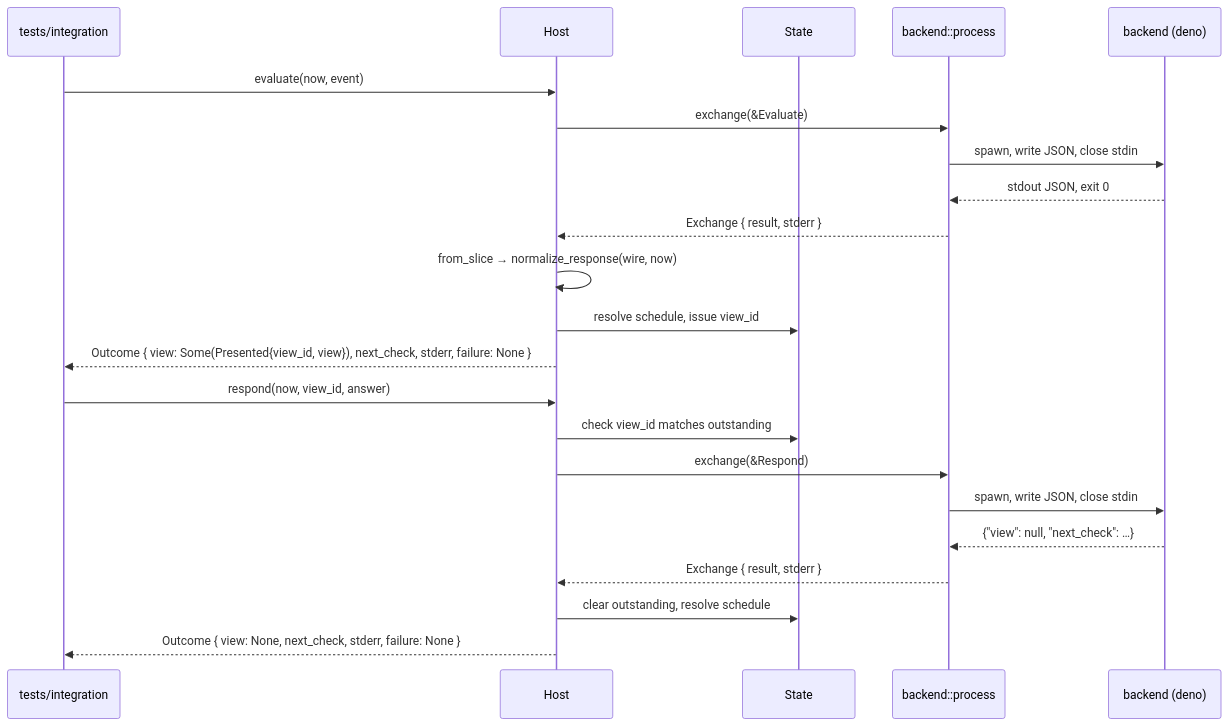
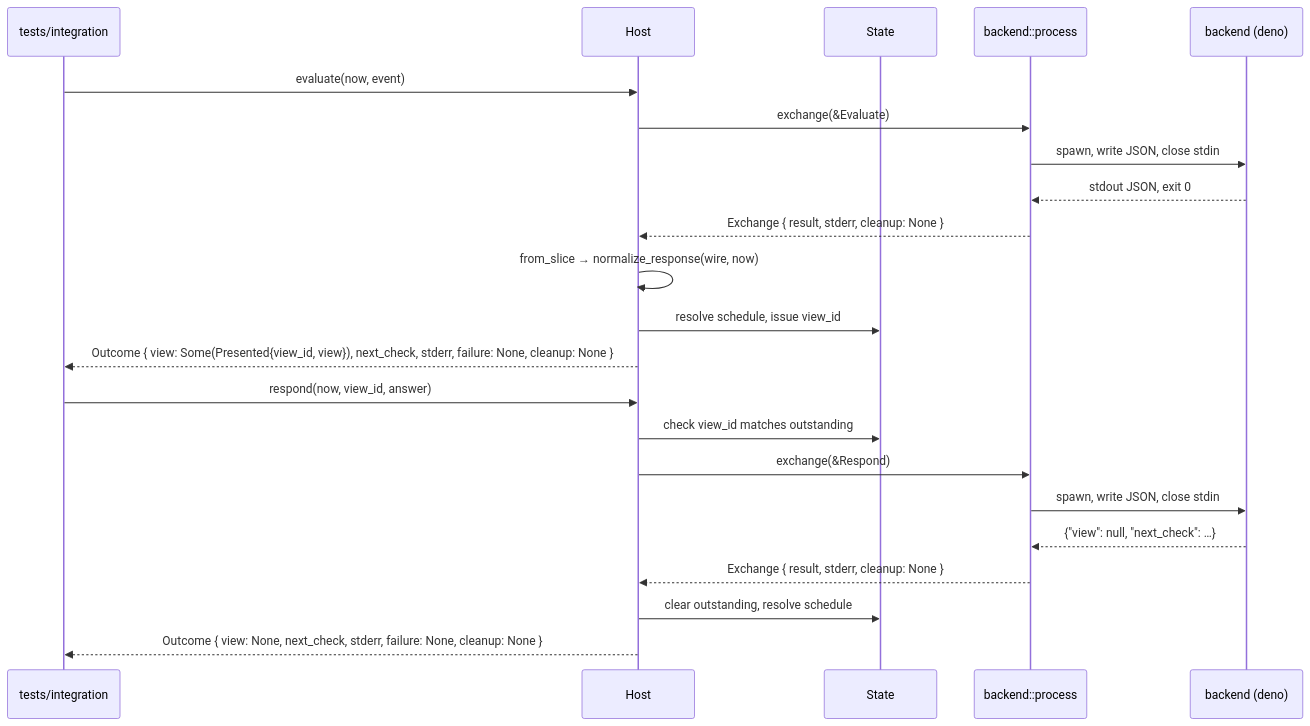
The second of 3 diagrams in docs/slices/001/design.md (davidlee/goad), drawn with Mermaid before and after one commit. The commit also changed other lines of this file and 9 other files, not shown here.

````diff
--- a/docs/slices/001/design.md
+++ b/docs/slices/001/design.md
@@ -1190,25 +1574,25 @@
 ```mermaid
 sequenceDiagram
     participant T as tests/integration
     participant H as Host
     participant S as State
     participant P as backend::process
     participant B as backend (deno)
 
     T->>H: evaluate(now, event)
     H->>P: exchange(&Evaluate)
     P->>B: spawn, write JSON, close stdin
     B-->>P: stdout JSON, exit 0
-    P-->>H: Exchange { result, stderr }
+    P-->>H: Exchange { result, stderr, cleanup: None }
     H->>H: from_slice → normalize_response(wire, now)
     H->>S: resolve schedule, issue view_id
-    H-->>T: Outcome { view: Some(Presented{view_id, view}), next_check, stderr, failure: None }
+    H-->>T: Outcome { view: Some(Presented{view_id, view}), next_check, stderr, failure: None, cleanup: None }
     T->>H: respond(now, view_id, answer)
     H->>S: check view_id matches outstanding
     H->>P: exchange(&Respond)
     P->>B: spawn, write JSON, close stdin
     B-->>P: {"view": null, "next_check": …}
-    P-->>H: Exchange { result, stderr }
+    P-->>H: Exchange { result, stderr, cleanup: None }
     H->>S: clear outstanding, resolve schedule
-    H-->>T: Outcome { view: None, next_check, stderr, failure: None }
+    H-->>T: Outcome { view: None, next_check, stderr, failure: None, cleanup: None }
 ```
````
